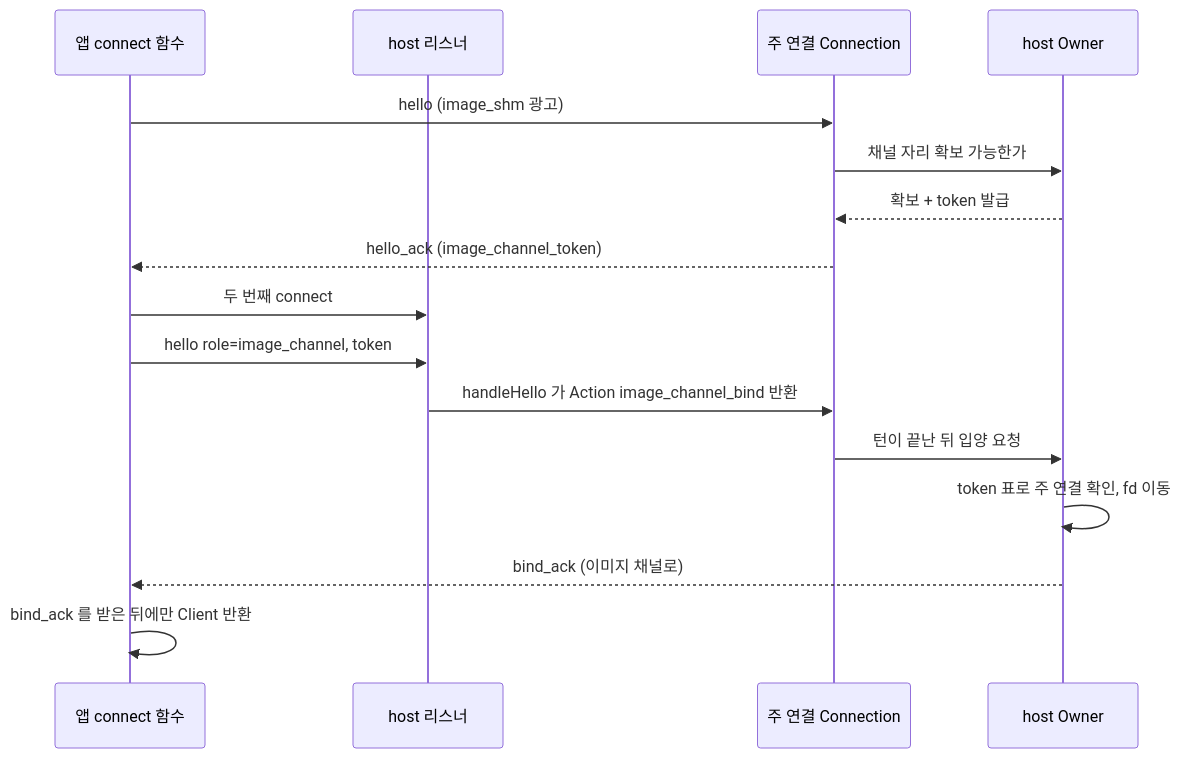
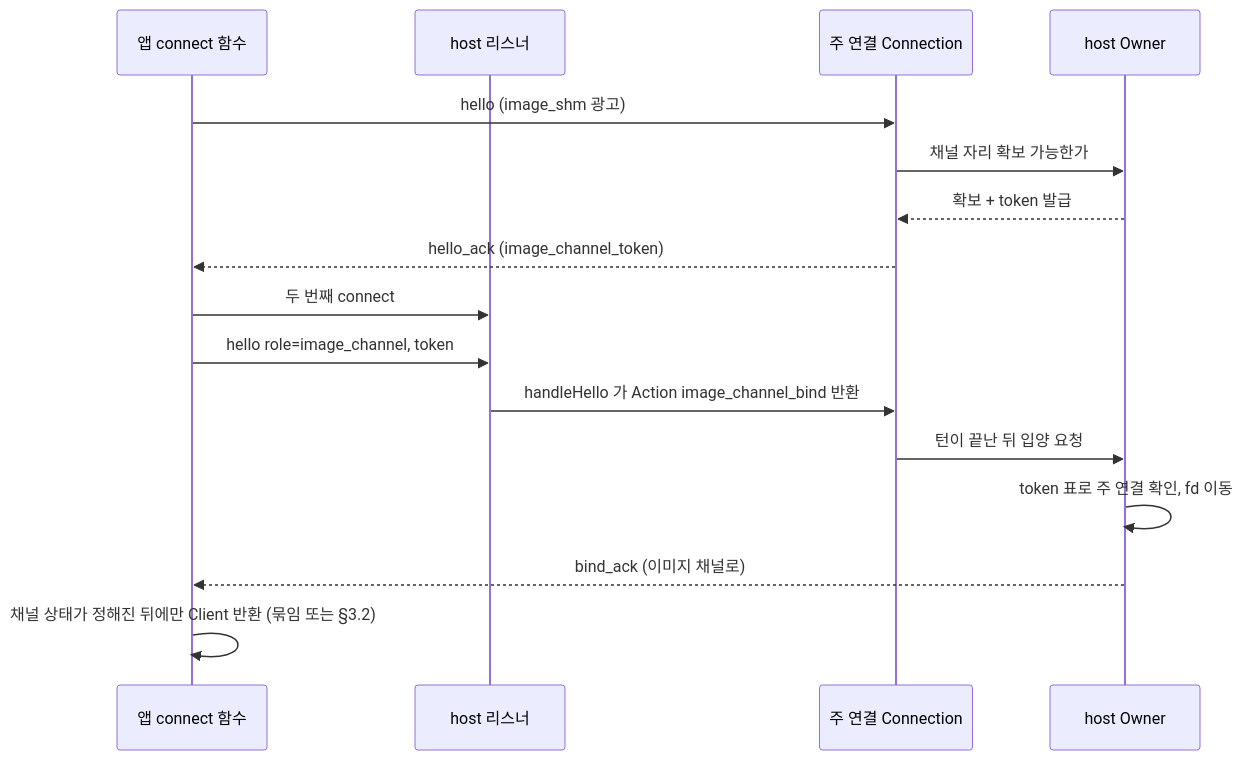
The first of 2 diagrams in docs/session-host-image-channel.md (ohah/maru), drawn with Mermaid before and after one commit. The commit also changed other lines of this file and 7 other files, not shown here.

````diff
--- a/docs/session-host-image-channel.md
+++ b/docs/session-host-image-channel.md
@@ -43,18 +43,18 @@
 ```mermaid
 sequenceDiagram
   participant App as 앱 connect 함수
   participant L as host 리스너
   participant M as 주 연결 Connection
   participant O as host Owner
   App->>M: hello (image_shm 광고)
   M->>O: 채널 자리 확보 가능한가
   O-->>M: 확보 + token 발급
   M-->>App: hello_ack (image_channel_token)
   App->>L: 두 번째 connect
   App->>L: hello role=image_channel, token
   L->>M: handleHello 가 Action image_channel_bind 반환
   M->>O: 턴이 끝난 뒤 입양 요청
   O->>O: token 표로 주 연결 확인, fd 이동
   O-->>App: bind_ack (이미지 채널로)
-  App->>App: bind_ack 를 받은 뒤에만 Client 반환
+  App->>App: 채널 상태가 정해진 뒤에만 Client 반환 (묶임 또는 §3.2)
 ```
````
